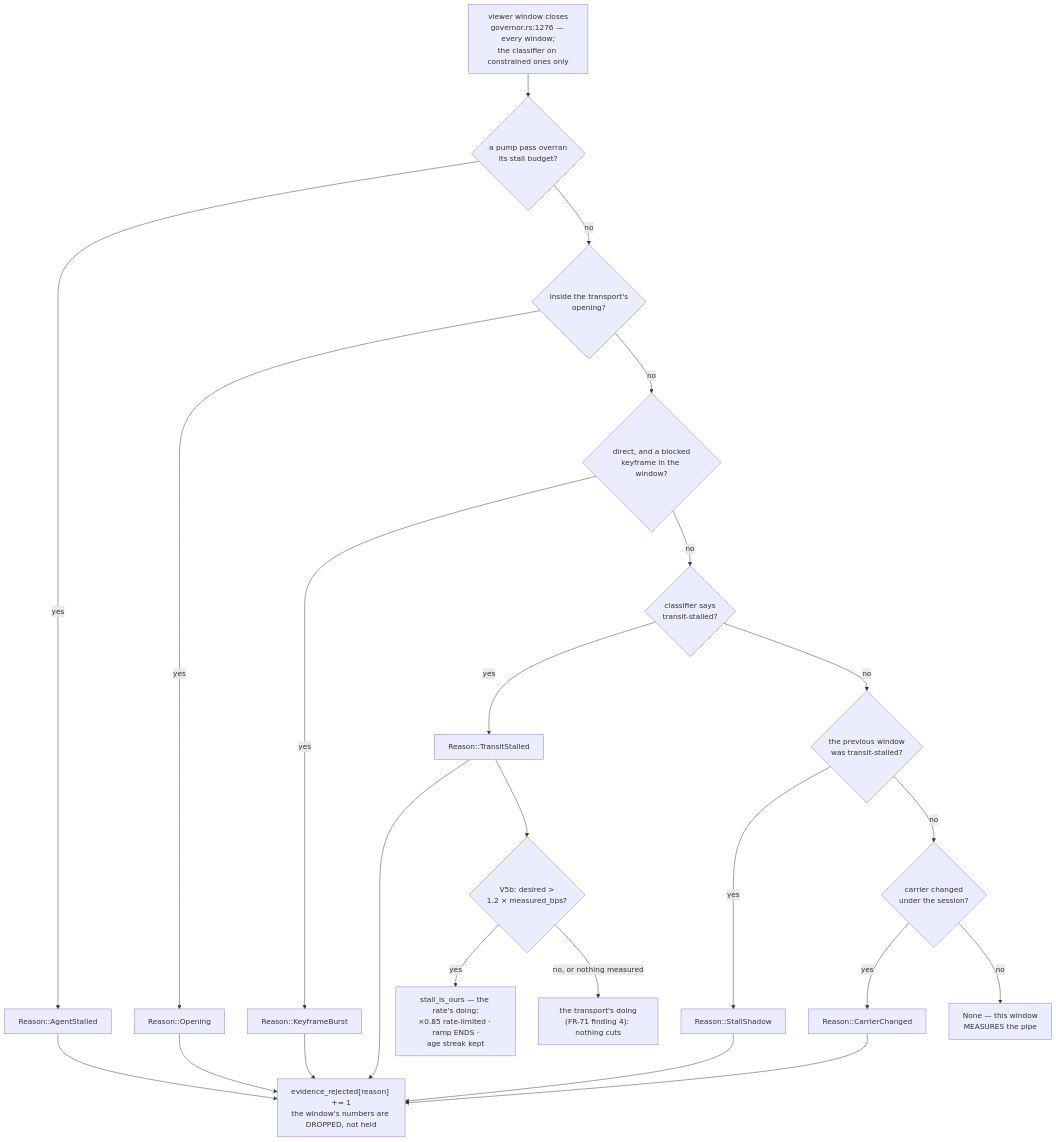
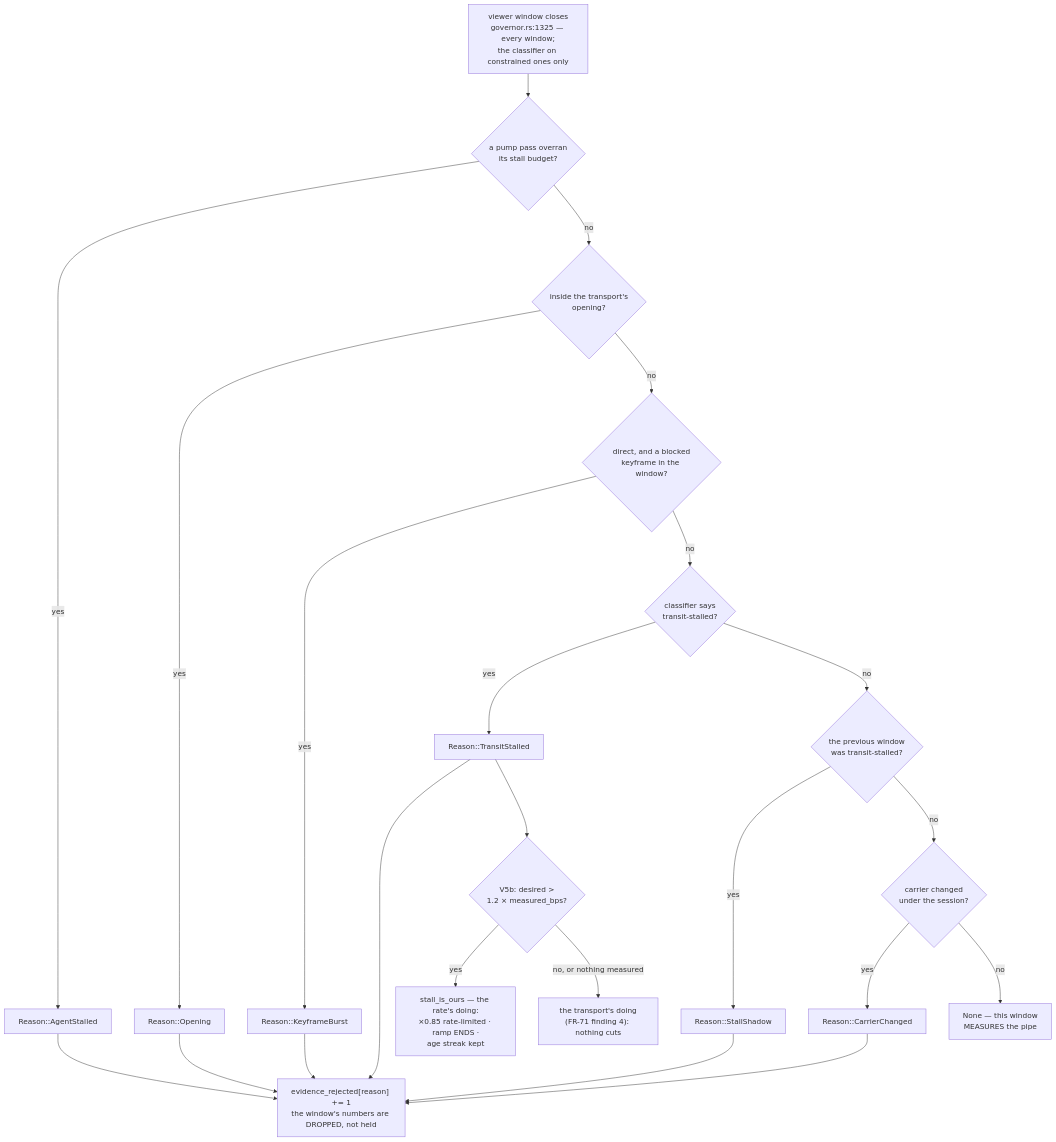
One commit to gjovanov/roomler-ai changed the first of 14 diagrams in docs/rate-control.md. Above: the diagram before and after it, drawn with Mermaid. The commit also changed other lines of this file and 27 other files, not shown here.

````diff
--- a/docs/rate-control.md
+++ b/docs/rate-control.md
@@ -90,20 +90,20 @@
 ```mermaid
 flowchart TB
-    W["viewer window closes<br/>governor.rs:1276 — every window;<br/>the classifier on constrained ones only"] --> A{"a pump pass overran<br/>its stall budget?"}
+    W["viewer window closes<br/>governor.rs:1325 — every window;<br/>the classifier on constrained ones only"] --> A{"a pump pass overran<br/>its stall budget?"}
     A -- yes --> RA["Reason::AgentStalled"]
     A -- no --> O{"inside the transport's<br/>opening?"}
     O -- yes --> RO["Reason::Opening"]
     O -- no --> K{"direct, and a blocked<br/>keyframe in the window?"}
     K -- yes --> RK["Reason::KeyframeBurst"]
     K -- no --> T{"classifier says<br/>transit-stalled?"}
     T -- yes --> RT["Reason::TransitStalled"]
     T -- no --> S{"the previous window<br/>was transit-stalled?"}
     S -- yes --> RS["Reason::StallShadow"]
     S -- no --> C{"carrier changed<br/>under the session?"}
     C -- yes --> RC["Reason::CarrierChanged"]
     C -- no --> OK["None — this window<br/>MEASURES the pipe"]
     RA & RO & RK & RT & RS & RC --> REJ["evidence_rejected[reason] += 1<br/>the window's numbers are DROPPED, not held"]
     RT --> V5{"V5b: desired ><br/>1.2 × measured_bps?"}
     V5 -- yes --> OURS["stall_is_ours — the rate's doing:<br/>×0.85 rate-limited · ramp ENDS ·<br/>age streak kept"]
     V5 -- "no, or nothing measured" --> HOLD["the transport's doing<br/>(FR-71 finding 4): nothing cuts"]
 ```
````
